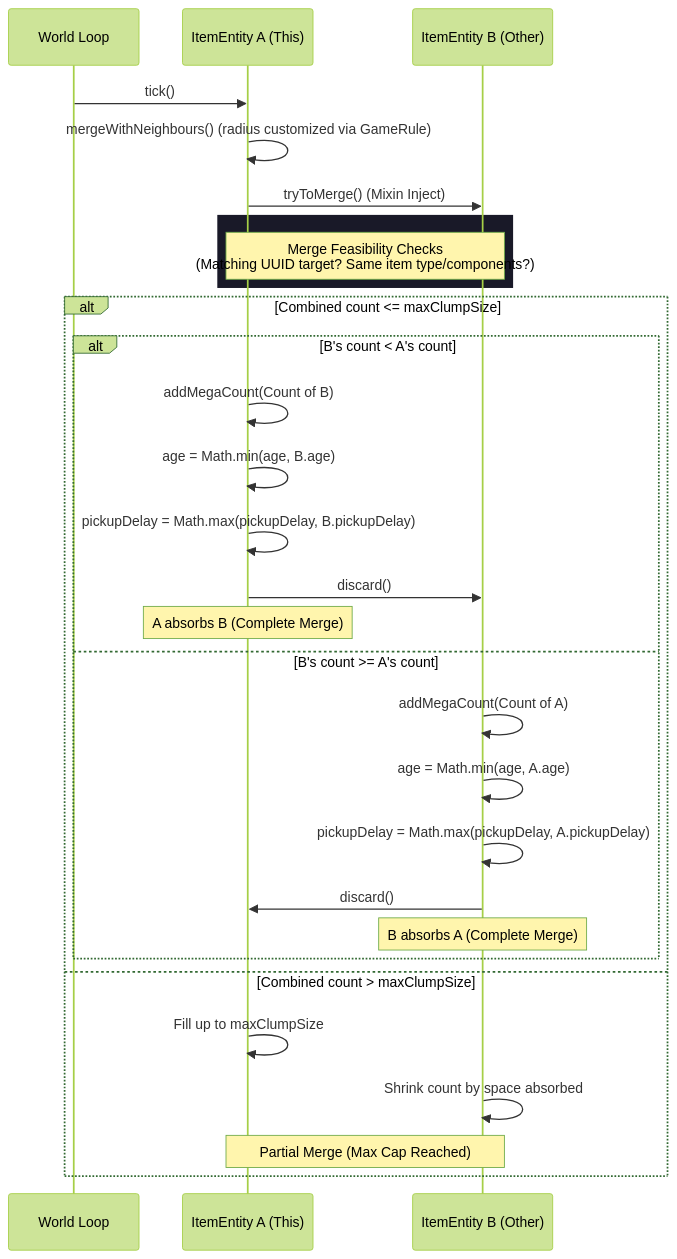
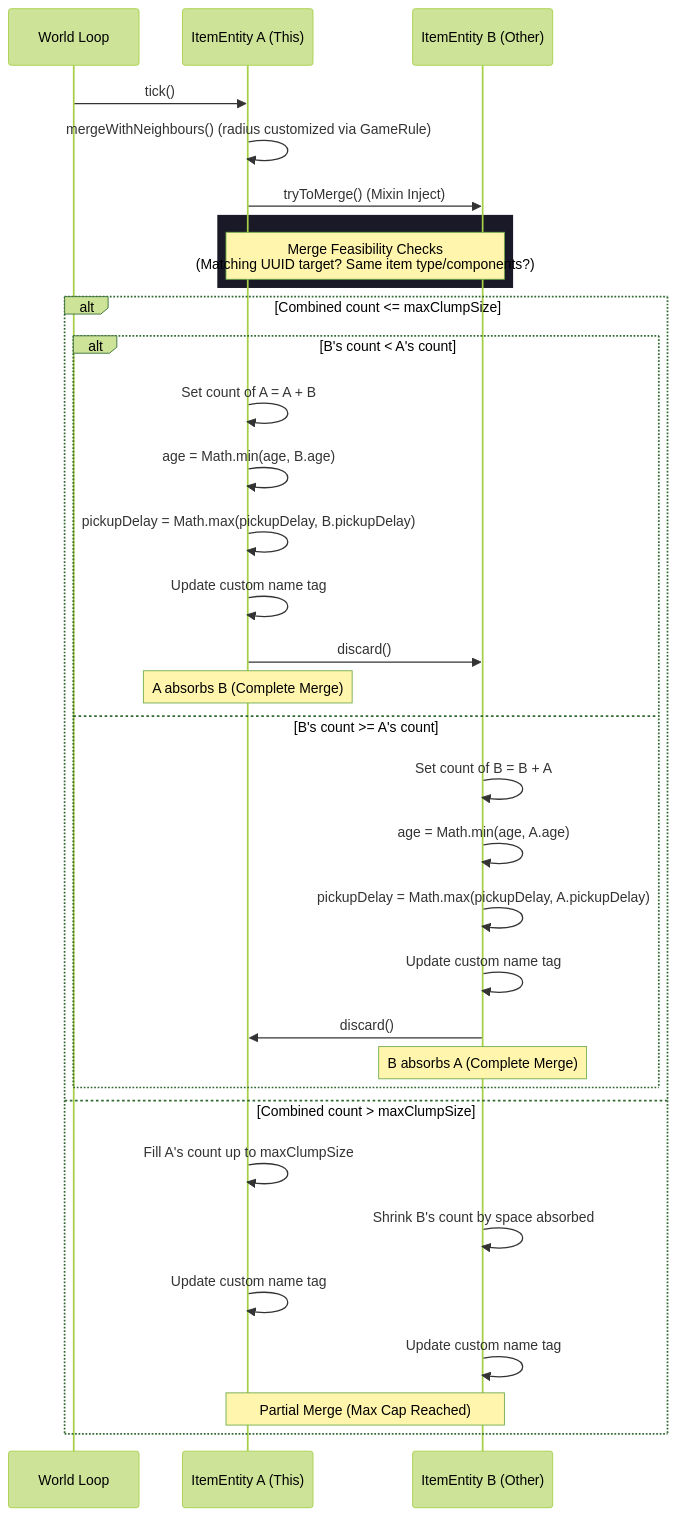
One commit to Rifaditya/IG-item-clumps changed the first of 2 diagrams in Doc/Develop/Architecture/architecture.md. Above: the diagram before and after it, drawn with Mermaid (forest theme). The commit also changed other lines of this file and 15 other files, not shown here.

````diff
--- a/Doc/Develop/Architecture/architecture.md
+++ b/Doc/Develop/Architecture/architecture.md
@@ -24,34 +27,38 @@
 ```mermaid
 sequenceDiagram
     participant Level as World Loop
     participant A as ItemEntity A (This)
     participant B as ItemEntity B (Other)
     
     Level->>A: tick()
     A->>A: mergeWithNeighbours() (radius customized via GameRule)
     A->>B: tryToMerge() (Mixin Inject)
     
     rect rgb(25, 25, 40)
         Note over A, B: Merge Feasibility Checks<br/>(Matching UUID target? Same item type/components?)
     end
     
     alt Combined count <= maxClumpSize
         alt B's count < A's count
-            A->>A: addMegaCount(Count of B)
+            A->>A: Set count of A = A + B
             A->>A: age = Math.min(age, B.age)
             A->>A: pickupDelay = Math.max(pickupDelay, B.pickupDelay)
+            A->>A: Update custom name tag
             A->>B: discard()
             Note over A: A absorbs B (Complete Merge)
         else B's count >= A's count
-            B->>B: addMegaCount(Count of A)
+            B->>B: Set count of B = B + A
             B->>B: age = Math.min(age, A.age)
             B->>B: pickupDelay = Math.max(pickupDelay, A.pickupDelay)
+            B->>B: Update custom name tag
             B->>A: discard()
             Note over B: B absorbs A (Complete Merge)
         end
     else Combined count > maxClumpSize
-        A->>A: Fill up to maxClumpSize
-        B->>B: Shrink count by space absorbed
+        A->>A: Fill A's count up to maxClumpSize
+        B->>B: Shrink B's count by space absorbed
+        A->>A: Update custom name tag
+        B->>B: Update custom name tag
         Note over A, B: Partial Merge (Max Cap Reached)
     end
 ```
````
